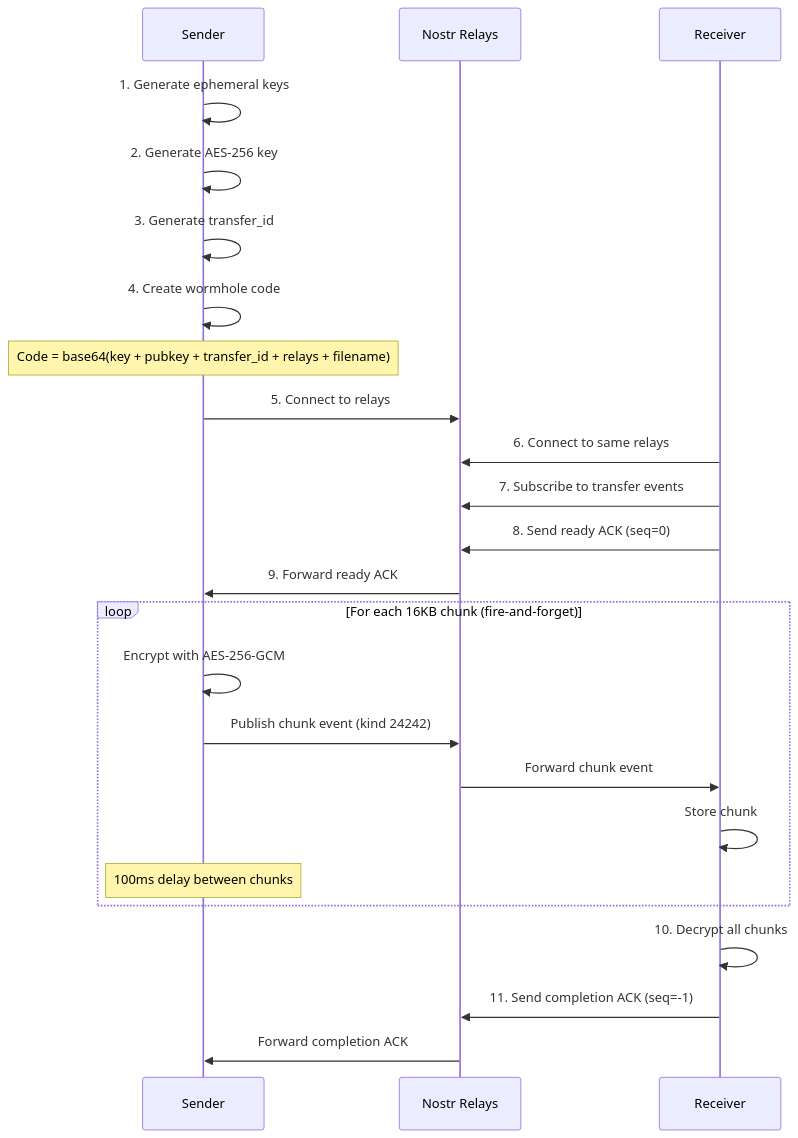
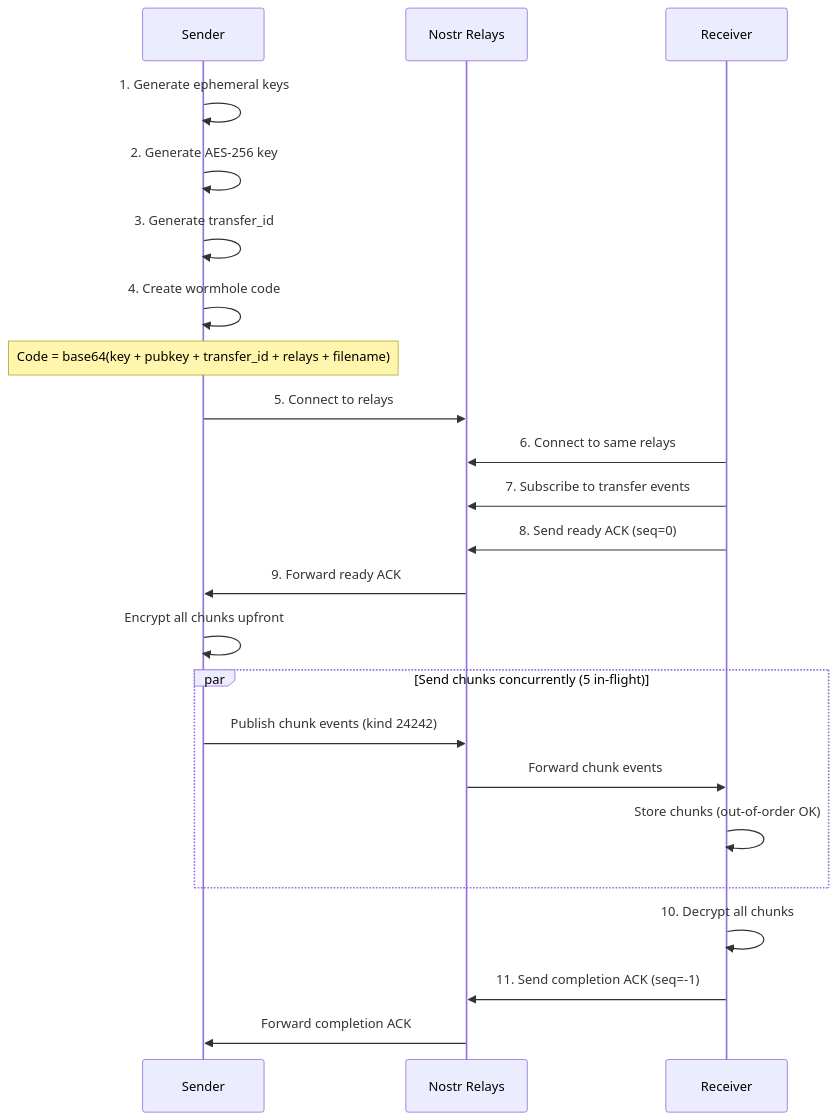
The third of 5 diagrams in docs/ARCHITECTURE.md (andrewtheguy/wormhole-rs), drawn with Mermaid before and after one commit. The commit also changed other lines of this file and 1 other file, not shown here.

````diff
--- a/docs/ARCHITECTURE.md
+++ b/docs/ARCHITECTURE.md
@@ -67,31 +67,31 @@
 ```mermaid
 sequenceDiagram
     participant Sender
     participant Relays as Nostr Relays
     participant Receiver
 
     Sender->>Sender: 1. Generate ephemeral keys
     Sender->>Sender: 2. Generate AES-256 key
     Sender->>Sender: 3. Generate transfer_id
     Sender->>Sender: 4. Create wormhole code
     Note over Sender: Code = base64(key + pubkey + transfer_id + relays + filename)
 
     Sender->>Relays: 5. Connect to relays
     Receiver->>Relays: 6. Connect to same relays
     Receiver->>Relays: 7. Subscribe to transfer events
     Receiver->>Relays: 8. Send ready ACK (seq=0)
 
     Relays->>Sender: 9. Forward ready ACK
 
-    loop For each 16KB chunk (fire-and-forget)
-        Sender->>Sender: Encrypt with AES-256-GCM
-        Sender->>Relays: Publish chunk event (kind 24242)
-        Relays->>Receiver: Forward chunk event
-        Receiver->>Receiver: Store chunk
-        Note over Sender: 100ms delay between chunks
+    Sender->>Sender: Encrypt all chunks upfront
+
+    par Send chunks concurrently (5 in-flight)
+        Sender->>Relays: Publish chunk events (kind 24242)
+        Relays->>Receiver: Forward chunk events
+        Receiver->>Receiver: Store chunks (out-of-order OK)
     end
 
     Receiver->>Receiver: 10. Decrypt all chunks
     Receiver->>Relays: 11. Send completion ACK (seq=-1)
     Relays->>Sender: Forward completion ACK
 ```
````
